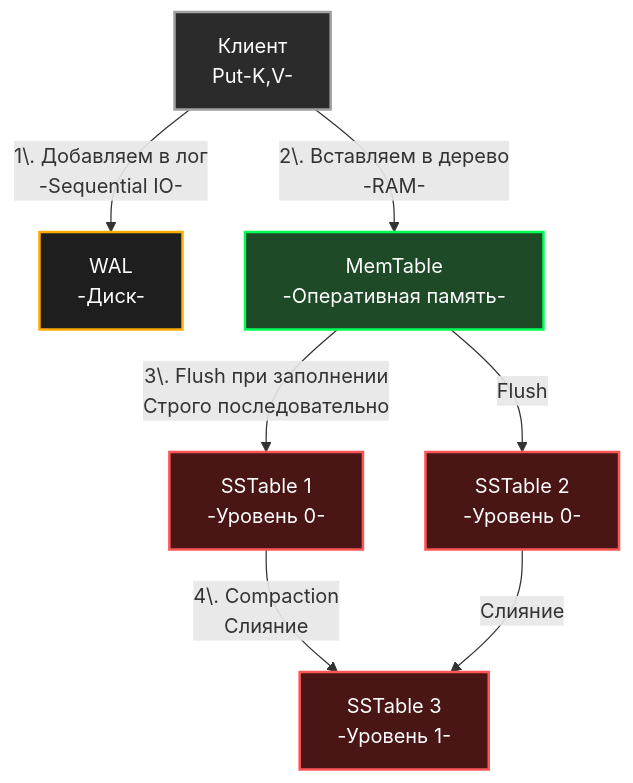
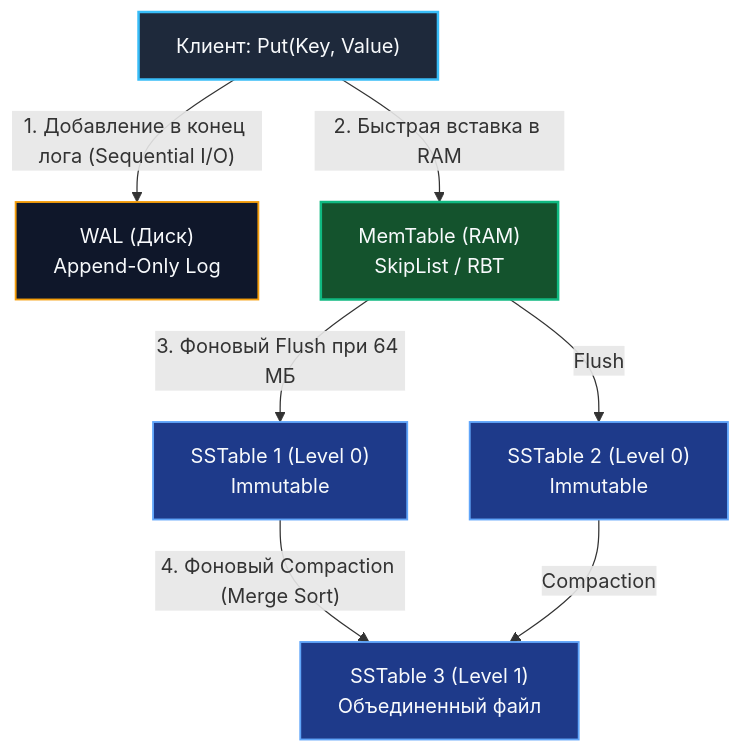
One commit to UnrealTemplier/go-textbook changed the diagram in sources/20. Алгоритмы и структуры данных (DSA) на Go/05. Сбалансированные деревья/4. LSM дерево.md. Above: the diagram before and after it, drawn with Mermaid. The commit also changed other lines of this file, not shown here.

````diff
--- a/sources/20. Алгоритмы и структуры данных (DSA) на Go/05. Сбалансированные деревья/4. LSM дерево.md
+++ b/sources/20. Алгоритмы и структуры данных (DSA) на Go/05. Сбалансированные деревья/4. LSM дерево.md
@@ -46,18 +50,21 @@
 ```mermaid
 flowchart TD
-    Client["Клиент<br>Put-K,V-"] --> |"1\. Добавляем в лог<br>-Sequential IO-"| WAL["WAL<br>-Диск-"]
-    Client --> |"2\. Вставляем в дерево<br>-RAM-"| Mem["MemTable<br>-Оперативная память-"]
-    
-    Mem --> |"3\. Flush при заполнении<br>Строго последовательно"| SST_L0_1["SSTable 1<br>-Уровень 0-"]
-    Mem --> |"Flush"| SST_L0_2["SSTable 2<br>-Уровень 0-"]
-    
-    SST_L0_1 --> |"4\. Compaction<br>Слияние"| SST_L1["SSTable 3<br>-Уровень 1-"]
-    SST_L0_2 --> |"Слияние"| SST_L1
-    
-    style Client fill:#2b2b2b,stroke:#a0a0a0,stroke-width:2px,color:#fff
-    style WAL fill:#1e1e1e,stroke:#ffaa00,stroke-width:2px,color:#fff
-    style Mem fill:#1e4a28,stroke:#00ff55,stroke-width:2px,color:#fff
-    style SST_L0_1 fill:#4a1515,stroke:#ff5555,stroke-width:2px,color:#fff
-    style SST_L0_2 fill:#4a1515,stroke:#ff5555,stroke-width:2px,color:#fff
-    style SST_L1 fill:#4a1515,stroke:#ff5555,stroke-width:2px,color:#fff
+    Client["Клиент: Put(Key, Value)"] -->|"1. Добавление в конец лога (Sequential I/O)"| WAL["WAL (Диск)<br/>Append-Only Log"]
+    Client -->|"2. Быстрая вставка в RAM"| Mem["MemTable (RAM)<br/>SkipList / RBT"]
+
+    Mem -->|"3. Фоновый Flush при 64 МБ"| SST_L0_1["SSTable 1 (Level 0)<br/>Immutable"]
+    Mem -->|"Flush"| SST_L0_2["SSTable 2 (Level 0)<br/>Immutable"]
+
+    SST_L0_1 -->|"4. Фоновый Compaction (Merge Sort)"| SST_L1["SSTable 3 (Level 1)<br/>Объединенный файл"]
+    SST_L0_2 -->|"Compaction"| SST_L1
+
+    classDef clientBox fill:#1e293b,stroke:#38bdf8,stroke-width:2px,color:#f8fafc;
+    classDef walBox fill:#0f172a,stroke:#f59e0b,stroke-width:1.5px,color:#f8fafc;
+    classDef ramBox fill:#14532d,stroke:#10b981,stroke-width:2px,color:#f8fafc;
+    classDef sstBox fill:#1e3a8a,stroke:#60a5fa,stroke-width:1.5px,color:#f8fafc;
+
+    class Client clientBox;
+    class WAL walBox;
+    class Mem ramBox;
+    class SST_L0_1,SST_L0_2,SST_L1 sstBox;
 ```
````
